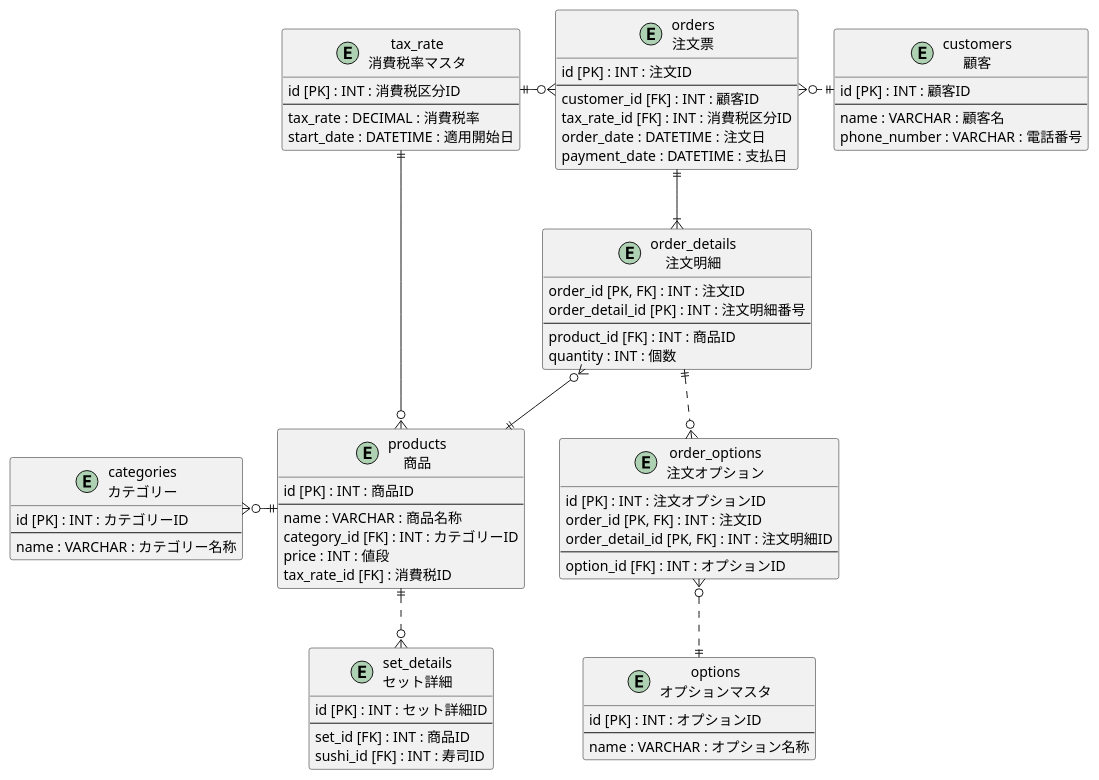
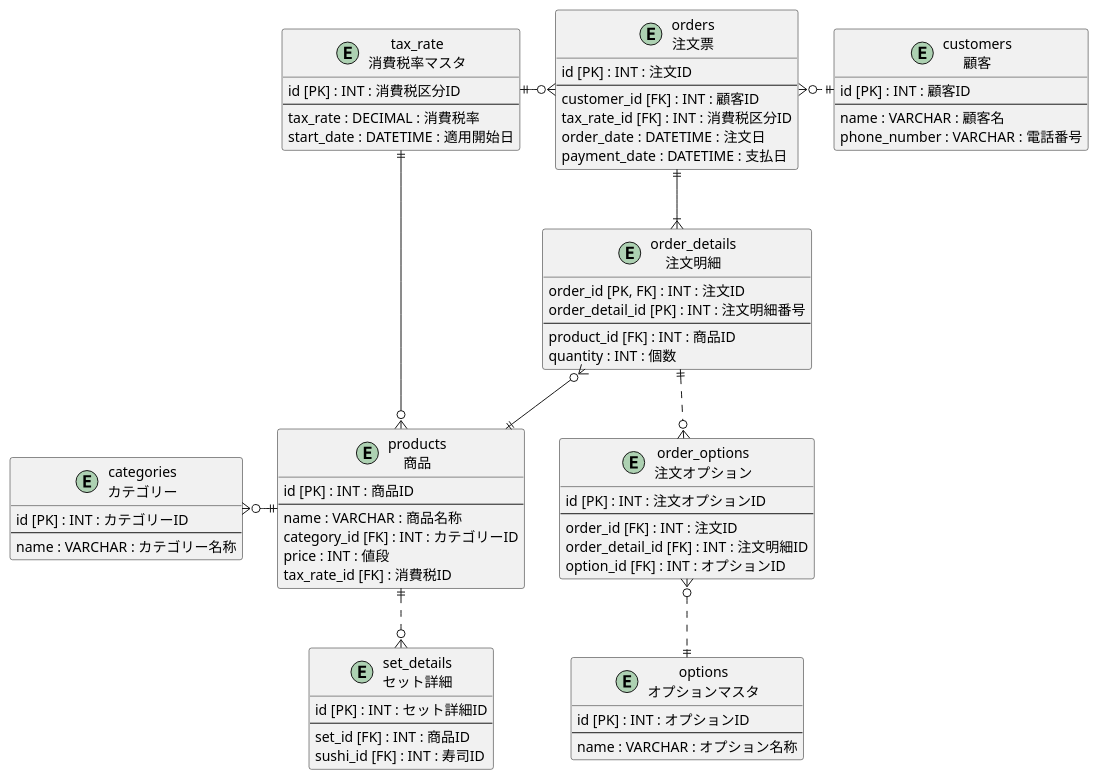
Before and after one commit to praha-inc/praha-challenge-7: the diagram in I84PdeRyF2ApGF/db_modeling01/task_02/db_modeling02.pu, drawn with PlantUML.

Commit message:
[Fix] er-diagram

```diff
--- a/I84PdeRyF2ApGF/db_modeling01/task_02/db_modeling02.pu
+++ b/I84PdeRyF2ApGF/db_modeling01/task_02/db_modeling02.pu
@@ -1,142 +1,142 @@
 @startuml dbModeling1
     ' Entity "menues\nメニュー" as menues {
     '     id [PK] : INT : メニューID
     '     item_id [PK, FK] : INT : 商品ID(寿司ID or セットID)
     '     --
     '     price : INT : 値段
     '     tax_rate_id [FK] : INT : 消費税ID
     ' }
 
     ' Entity "sushi_menues\n寿司メニュー" as sushi_menues {
     '     id [PK] : INT : 寿司ID
     '     --
     '     name : VARCHAR : 寿司名称
     ' }
 
     ' Entity "set_menues\nセットメニュー" as set_menues {
     '     id [PK] : INT : セットID
     '     --
     '     name : VARCHAR : セット名称
     '     set_detail_id [FK] : INT : セット詳細ID
     ' }
 
     ' Entity "set_details\nセットメニュー詳細" as set_details {
     '     id [PK] : INT : セット詳細ID
     '     sushi_menu_id [PK, FK] : INT : 寿司ID
     ' }
 
     Entity "tax_rate\n消費税率マスタ" as tax_rate{
         id [PK] : INT : 消費税区分ID
         --
         tax_rate : DECIMAL : 消費税率
         start_date : DATETIME : 適用開始日
     }
 
     Entity "customers\n顧客" as customers {
         id [PK] : INT : 顧客ID
         --
         name : VARCHAR : 顧客名
         phone_number : VARCHAR : 電話番号
     }
 
     Entity "orders\n注文票" as orders {
         id [PK] : INT : 注文ID
         --
         customer_id [FK] : INT : 顧客ID
         tax_rate_id [FK] : INT : 消費税区分ID 
         order_date : DATETIME : 注文日
         payment_date : DATETIME : 支払日
     }
 
     Entity "order_details\n注文明細" as order_details {
         order_id [PK, FK] : INT : 注文ID 
         order_detail_id [PK] : INT : 注文明細番号 
         --
         product_id [FK] : INT : 商品ID
         quantity : INT : 個数
         ' option_id [FK] : INT : オプションID
     }
 
     Entity "order_options\n注文オプション" as options {
         id [PK] : INT : 注文オプションID
-        order_id [PK, FK] : INT : 注文ID
-        order_detail_id [PK, FK] : INT : 注文明細ID
         --
+        order_id [FK] : INT : 注文ID
+        order_detail_id [FK] : INT : 注文明細ID
         option_id [FK] : INT : オプションID
     }
 
     Entity "options\nオプションマスタ" as om{
         id [PK] : INT : オプションID
         --
         name : VARCHAR : オプション名称
     }
 
     ' Entity "condiments\n薬味" as condiments{
     '     id [PK] : INT : 薬味ID
     '     --
     '     condiment_detail_id : INT : 薬味詳細ID
     '     name : VARCHAR : 薬味名称
     ' }
 
     ' Entity "rice_option\nシャリ" as rice{
     '     id [PK] : INT : シャリID
     '     --
     '     size : VARCHAR : サイズ
     ' }
 
     Entity "products\n商品" as p{
         id [PK] : INT : 商品ID
         --
         name : VARCHAR : 商品名称
         category_id [FK] : INT : カテゴリーID
         price : INT : 値段
         tax_rate_id [FK] : 消費税ID
     }
 
     Entity "set_details\nセット詳細" as s_d{
         id [PK] : INT : セット詳細ID
         --
         set_id [FK] : INT : 商品ID
         sushi_id [FK] : INT : 寿司ID
     }
 
     Entity "categories\nカテゴリー" as c {
         id [PK] : INT : カテゴリーID
         --
         name : VARCHAR : カテゴリー名称
     }
 
     orders }o..r..|| customers
     orders ||-d-|{ order_details
     orders }o-l-|| tax_rate
     order_details }o--|| p
     tax_rate ||--o{ p
     p ||-l-o{ c
     p ||..o{ s_d
     order_details ||..o{ options
     options }o..|| om
     ' order_details  ||--|| menues
     ' menues ||--o| sushi_menues
     ' menues ||--o| set_menues
     ' set_menues ||--o{ set_details
     ' set_details ||--|| sushi_menues
     ' tax_rate ||--|| menues
     ' order_details ||-r-o| options
     ' options |o--o{ condiments
     ' options |o--o| rice
 
     
     ' * 主キー
     ' + 外部キー
     ' カラム名 : 型 : 説明
 
     ' 1対０また1
     ' A ||--o| B
     ' 1対1
     ' A ||--|| B
     ' 1対0以上
     ' A ||--o{ B
     ' 1対1以上
     ' A ||--|{ B
 
 @enduml
```
